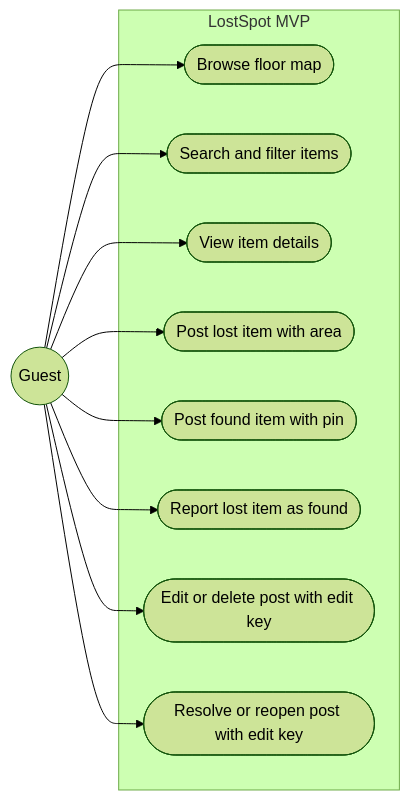
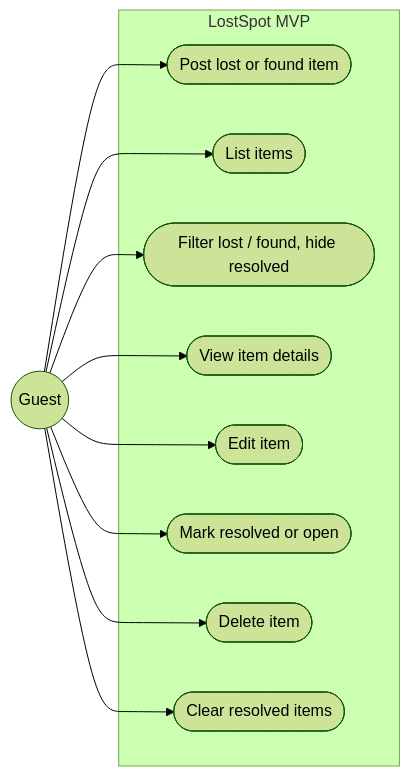
Before and after one commit to Rifat-stack/2311188_LostSpot: the first of 3 diagrams in docs/02-srs.md, drawn with Mermaid (forest theme). The commit also changed other lines of this file and 4 other files, not shown here.

````diff
--- a/docs/02-srs.md
+++ b/docs/02-srs.md
@@ -56,22 +59,22 @@
 ```mermaid
 flowchart LR
     G((Guest))
     subgraph MVP["LostSpot MVP"]
-        UC1([Browse floor map])
-        UC2([Search and filter items])
-        UC3([View item details])
-        UC4([Post lost item with area])
-        UC5([Post found item with pin])
-        UC6([Report lost item as found])
-        UC7([Edit or delete post with edit key])
-        UC8([Resolve or reopen post with edit key])
+        UC1([Post lost or found item])
+        UC2([List items])
+        UC3([Filter lost / found, hide resolved])
+        UC4([View item details])
+        UC5([Edit item])
+        UC6([Mark resolved or open])
+        UC7([Delete item])
+        UC8([Clear resolved items])
     end
     G --> UC1
     G --> UC2
     G --> UC3
     G --> UC4
     G --> UC5
     G --> UC6
     G --> UC7
     G --> UC8
 ```
````
